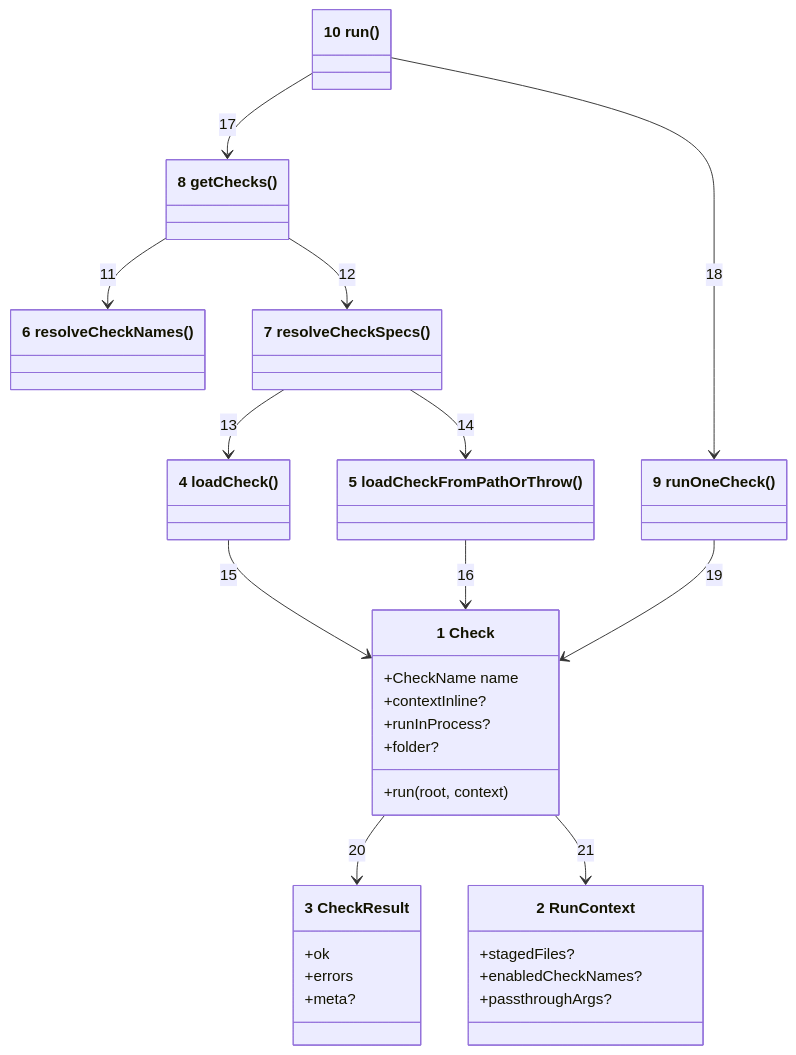
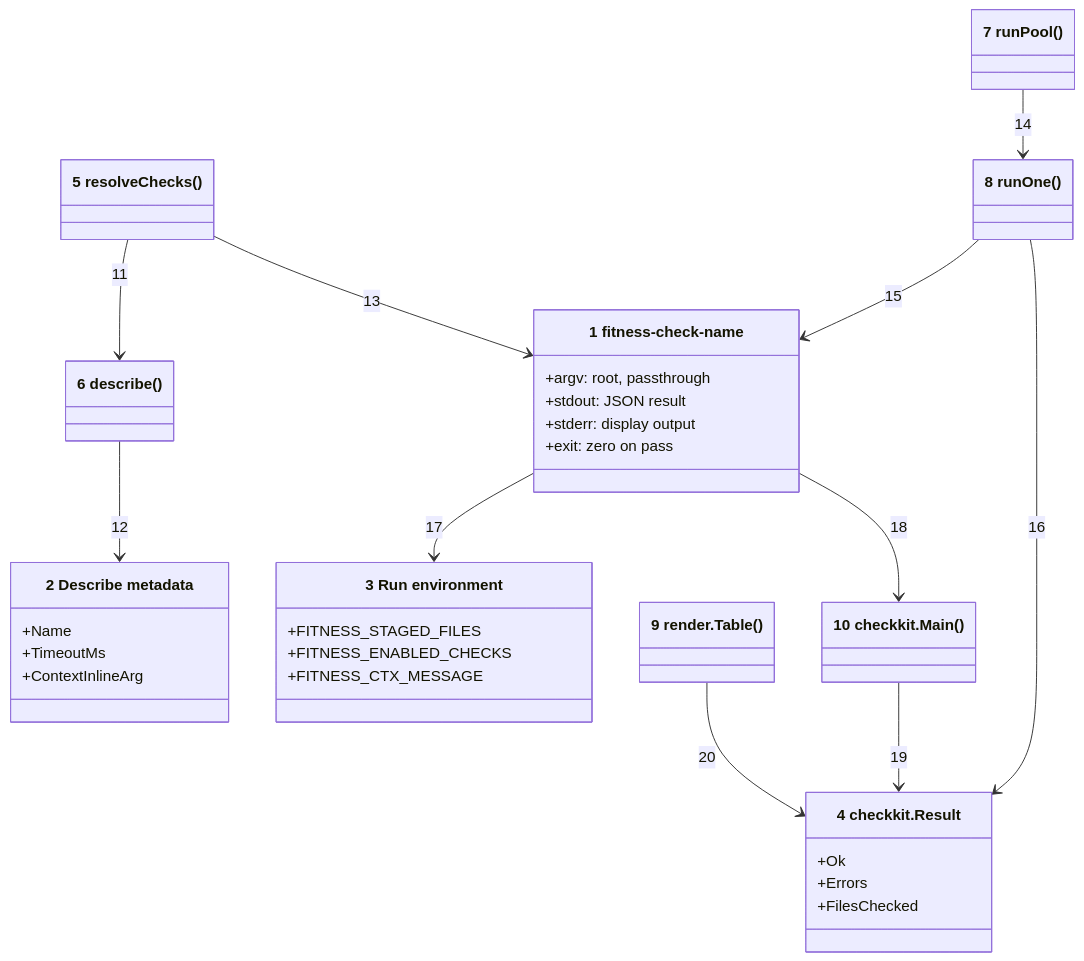
The first of 2 diagrams in architecture/04-code.md (may-journal/fitness-runner), drawn with Mermaid before and after one commit. The commit also changed other lines of this file and 259 other files, not shown here.

````diff
--- a/architecture/04-code.md
+++ b/architecture/04-code.md
@@ -7,39 +7,41 @@
 ```mermaid
 classDiagram
-    class Check["1 Check"] {
-        +CheckName name
-        +run(root, context)
-        +contextInline?
-        +runInProcess?
-        +folder?
+    class CheckBinary["1 fitness-check-name"] {
+        +argv: root, passthrough
+        +stdout: JSON result
+        +stderr: display output
+        +exit: zero on pass
     }
-    class RunContext["2 RunContext"] {
-        +stagedFiles?
-        +enabledCheckNames?
-        +passthroughArgs?
+    class Describe["2 Describe metadata"] {
+        +Name
+        +TimeoutMs
+        +ContextInlineArg
     }
-    class CheckResult["3 CheckResult"] {
-        +ok
-        +errors
-        +meta?
+    class RunEnv["3 Run environment"] {
+        +FITNESS_STAGED_FILES
+        +FITNESS_ENABLED_CHECKS
+        +FITNESS_CTX_MESSAGE
     }
-    class loadCheck["4 loadCheck()"]
-    class loadCheckFromPathOrThrow["5 loadCheckFromPathOrThrow()"]
-    class resolveCheckNames["6 resolveCheckNames()"]
-    class resolveCheckSpecs["7 resolveCheckSpecs()"]
-    class getChecks["8 getChecks()"]
-    class runOneCheck["9 runOneCheck()"]
-    class run["10 run()"]
+    class Result["4 checkkit.Result"] {
+        +Ok
+        +Errors
+        +FilesChecked
+    }
+    class resolveChecks["5 resolveChecks()"]
+    class describe["6 describe()"]
+    class runPool["7 runPool()"]
+    class runOne["8 runOne()"]
+    class renderTable["9 render.Table()"]
+    class checkkitMain["10 checkkit.Main()"]
 
-    getChecks --> resolveCheckNames : 11
-    getChecks --> resolveCheckSpecs : 12
-    resolveCheckSpecs --> loadCheck : 13
-    resolveCheckSpecs --> loadCheckFromPathOrThrow : 14
-    loadCheck --> Check : 15
-    loadCheckFromPathOrThrow --> Check : 16
-    run --> getChecks : 17
-    run --> runOneCheck : 18
-    runOneCheck --> Check : 19
-    Check --> CheckResult : 20
-    Check --> RunContext : 21
+    resolveChecks --> describe : 11
+    describe --> Describe : 12
+    resolveChecks --> CheckBinary : 13
+    runPool --> runOne : 14
+    runOne --> CheckBinary : 15
+    runOne --> Result : 16
+    CheckBinary --> RunEnv : 17
+    CheckBinary --> checkkitMain : 18
+    checkkitMain --> Result : 19
+    renderTable --> Result : 20
 ```
````
